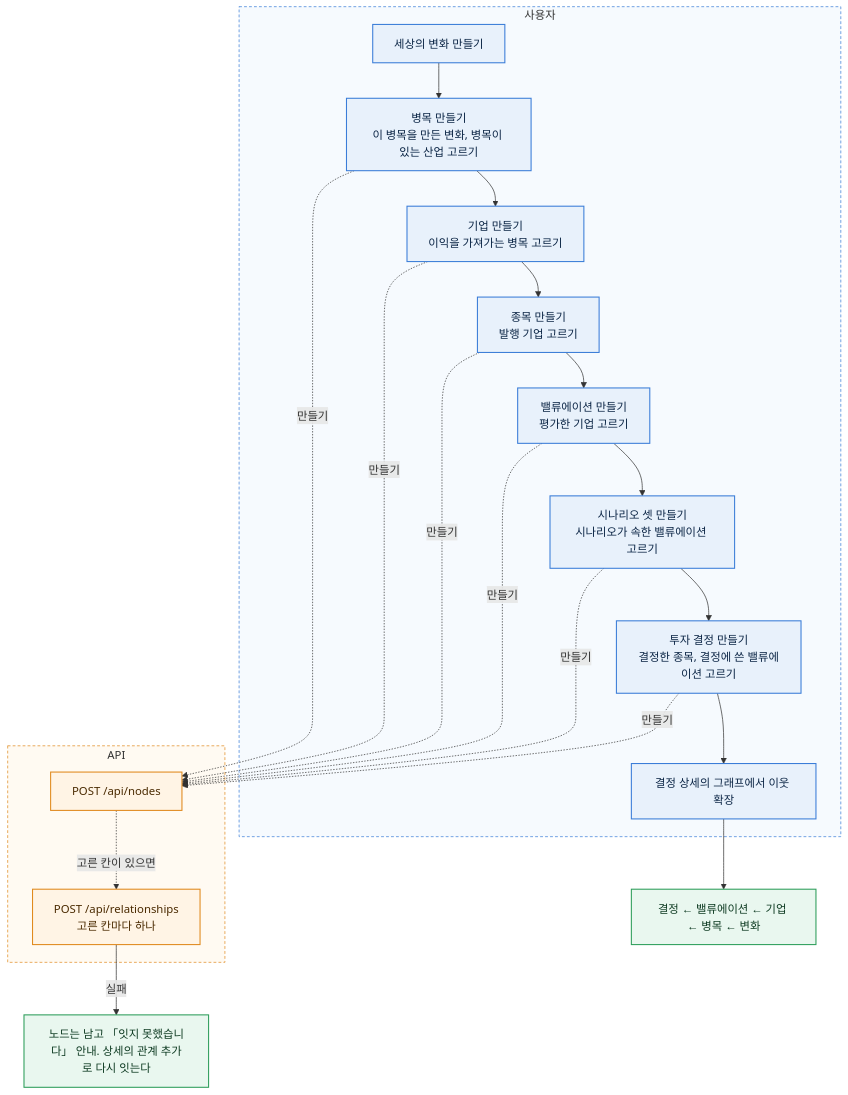
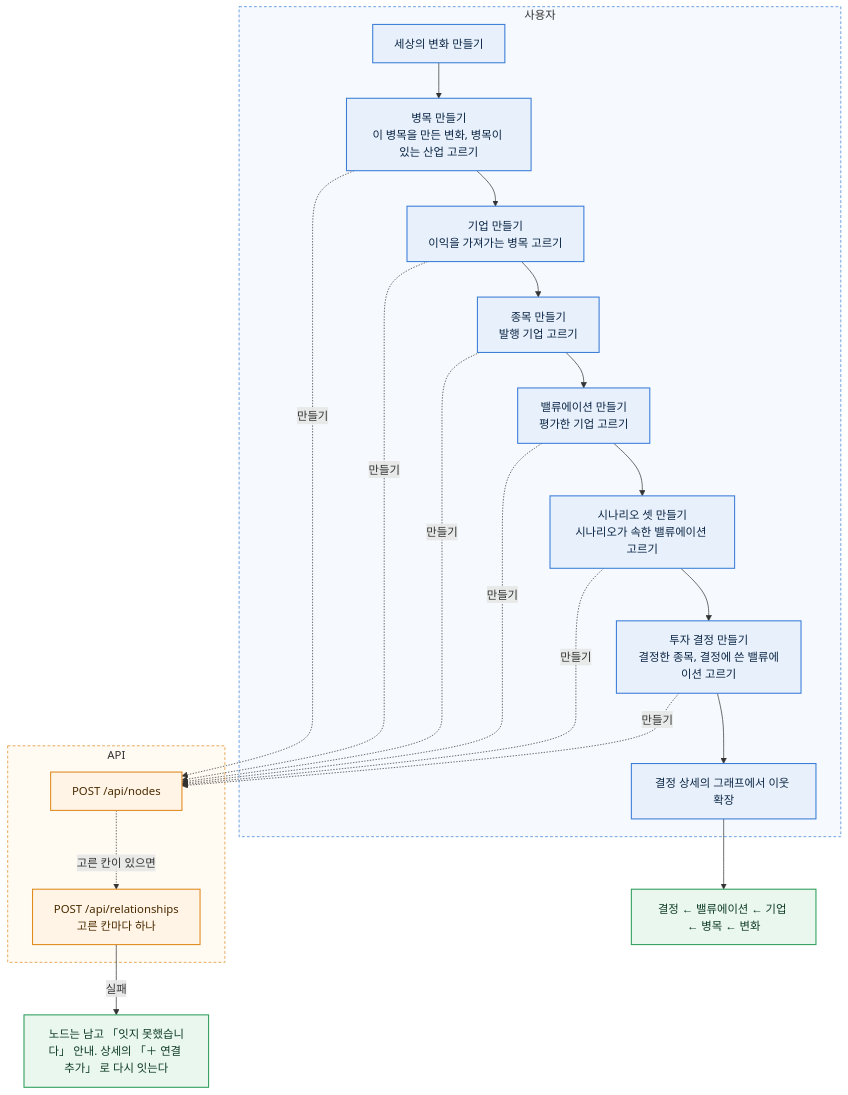
The sixth of 14 diagrams in financial-workbench/docs/flow.md (jon890/fos-graphrag), drawn with Mermaid before and after one commit. The commit also changed other lines of this file and 8 other files, not shown here.

````diff
--- a/financial-workbench/docs/flow.md
+++ b/financial-workbench/docs/flow.md
@@ -190,31 +266,31 @@
 ```mermaid
 %%{init: {"theme":"base","themeVariables":{"fontFamily":"'Noto Sans KR', sans-serif","fontSize":"14px","lineColor":"#7A8594","primaryTextColor":"#1D1F23","edgeLabelBackground":"#FFFFFF","clusterBkg":"#FAFAFA"},"flowchart":{"curve":"basis","nodeSpacing":40,"rankSpacing":60,"padding":14}}}%%
 flowchart TD
   subgraph 사용자
     C[세상의 변화 만들기]
     B[병목 만들기<br/>이 병목을 만든 변화, 병목이 있는 산업 고르기]
     K[기업 만들기<br/>이익을 가져가는 병목 고르기]
     S[종목 만들기<br/>발행 기업 고르기]
     V[밸류에이션 만들기<br/>평가한 기업 고르기]
     SC[시나리오 셋 만들기<br/>시나리오가 속한 밸류에이션 고르기]
     D[투자 결정 만들기<br/>결정한 종목, 결정에 쓴 밸류에이션 고르기]
     G[결정 상세의 그래프에서 이웃 확장]
   end
   subgraph API
     N[POST /api/nodes]
     R[POST /api/relationships<br/>고른 칸마다 하나]
   end
   C --> B --> K --> S --> V --> SC --> D --> G
   B & K & S & V & SC & D -. 만들기 .-> N
   N -. 고른 칸이 있으면 .-> R
-  R -- 실패 --> PART[노드는 남고 「잇지 못했습니다」 안내. 상세의 관계 추가로 다시 잇는다]
+  R -- 실패 --> PART[노드는 남고 「잇지 못했습니다」 안내. 상세의 「＋ 연결 추가」 로 다시 잇는다]
   G --> END[결정 ← 밸류에이션 ← 기업 ← 병목 ← 변화]
   classDef c1 fill:#E8F1FB,stroke:#3B7DD8,stroke-width:1.5px,color:#0B2545
   classDef c3 fill:#FFF4E5,stroke:#E08A1E,stroke-width:1.5px,color:#4A2A00
   classDef c2 fill:#E9F7EF,stroke:#2E9E5B,stroke-width:1.5px,color:#0E3B22
   class C,B,K,S,V,SC,D,G c1
   class N,R c3
   class PART,END c2
   style 사용자 fill:#F6FAFE,stroke:#3B7DD8,stroke-dasharray:4 3
   style API fill:#FFFAF2,stroke:#E08A1E,stroke-dasharray:4 3
 ```
````
